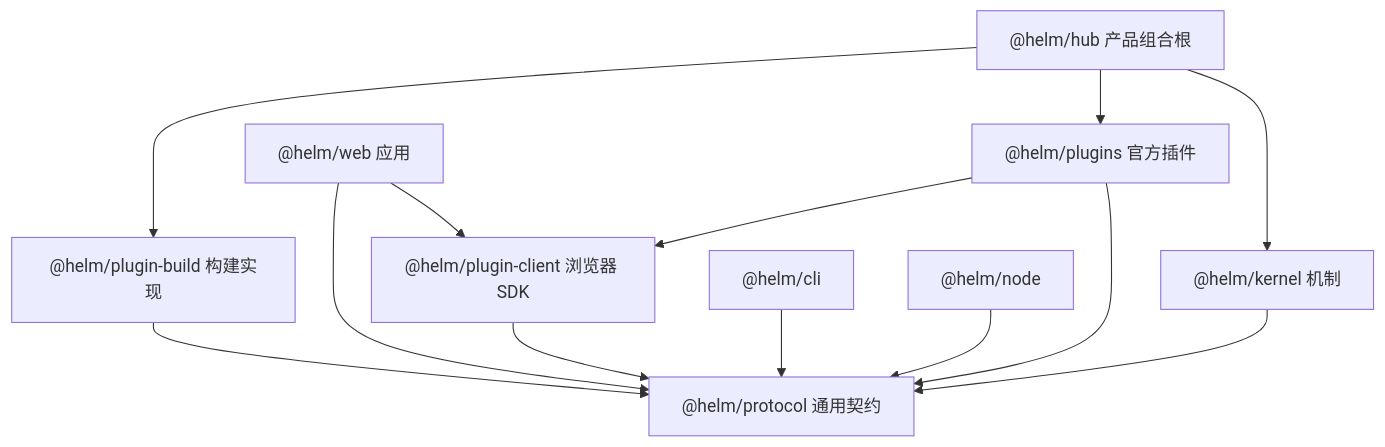
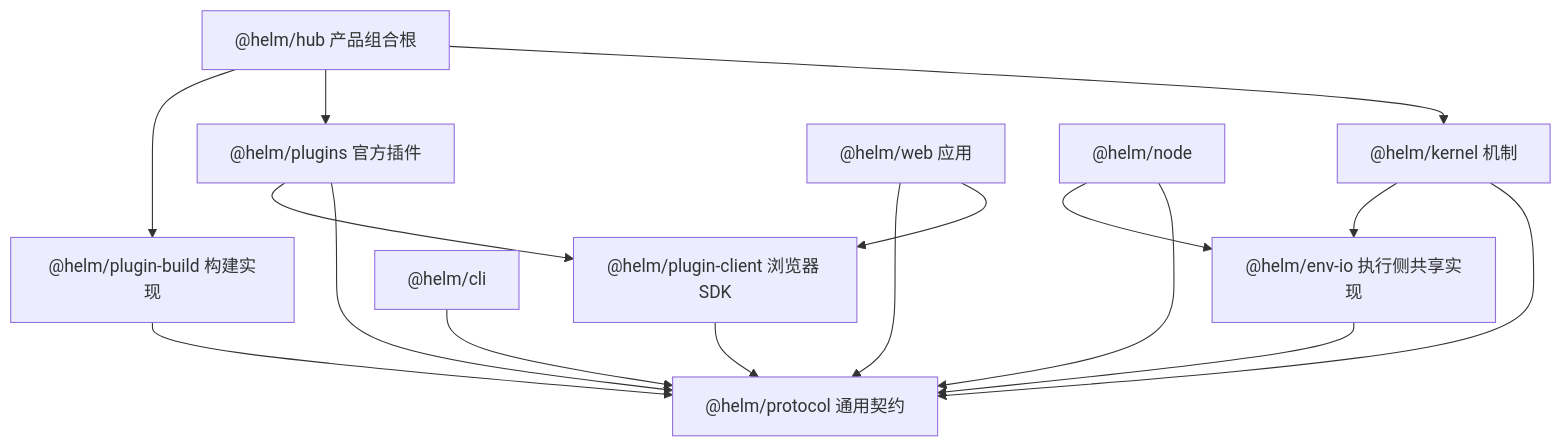
One commit to team4u/helm changed the second of 3 diagrams in docs/architecture/overview.md. Above: the diagram before and after it, drawn with Mermaid. The commit also changed other lines of this file and 5 other files, not shown here.

````diff
--- a/docs/architecture/overview.md
+++ b/docs/architecture/overview.md
@@ -70,15 +70,18 @@
 ```mermaid
 flowchart TD
     Hub["@helm/hub 产品组合根"] --> Kernel["@helm/kernel 机制"]
     Hub --> Plugins["@helm/plugins 官方插件"]
     Hub --> Build["@helm/plugin-build 构建实现"]
     Kernel --> Protocol["@helm/protocol 通用契约"]
     Plugins --> Protocol
     Plugins --> Client["@helm/plugin-client 浏览器 SDK"]
     Build --> Protocol
     Client --> Protocol
     Web["@helm/web 应用"] --> Client
     Web --> Protocol
     Cli["@helm/cli"] --> Protocol
     Node["@helm/node"] --> Protocol
+    Kernel --> EnvIo["@helm/env-io 执行侧共享实现"]
+    Node --> EnvIo
+    EnvIo --> Protocol
 ```
````
